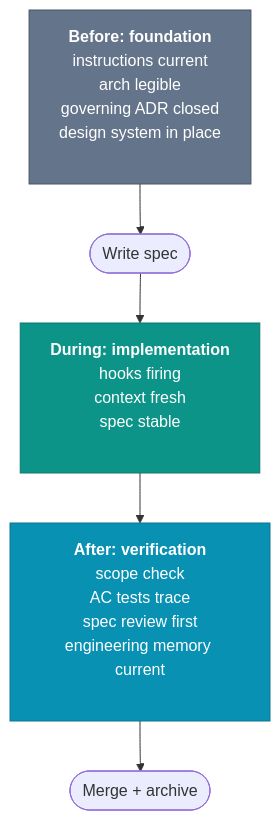
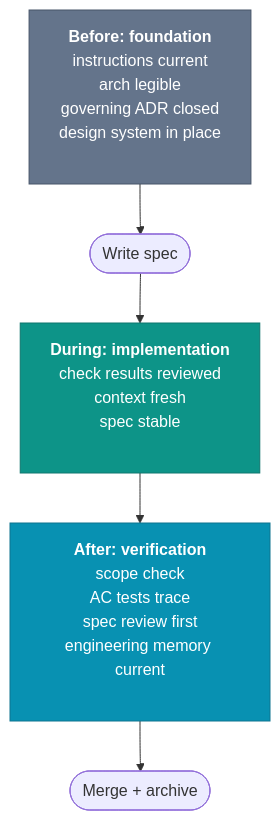
One commit to intent-engineering-for-coding-agents/book changed the diagram in content/quality/checkpoints.md. Above: the diagram before and after it, drawn with Mermaid. The commit also changed other lines of this file and 17 other files, not shown here.

````diff
--- a/content/quality/checkpoints.md
+++ b/content/quality/checkpoints.md
@@ -75,11 +77,11 @@
 ```mermaid
 graph TD
     classDef before fill:#64748b,stroke:#475569,color:#fff
     classDef during fill:#0d9488,stroke:#0f766e,color:#fff
     classDef after fill:#0891b2,stroke:#0e7490,color:#fff
 
     B["<b>Before: foundation</b><br/>instructions current<br/>arch legible<br/>governing ADR closed<br/>design system in place<br/>&nbsp;"]:::before --> W(["Write spec"])
-    W --> D["<b>During: implementation</b><br/>hooks firing<br/>context fresh<br/>spec stable<br/>&nbsp;"]:::during
+    W --> D["<b>During: implementation</b><br/>check results reviewed<br/>context fresh<br/>spec stable<br/>&nbsp;"]:::during
     D --> A["<b>After: verification</b><br/>scope check<br/>AC tests trace<br/>spec review first<br/>engineering memory current<br/>&nbsp;"]:::after
     A --> M(["Merge + archive"])
 ```
````
